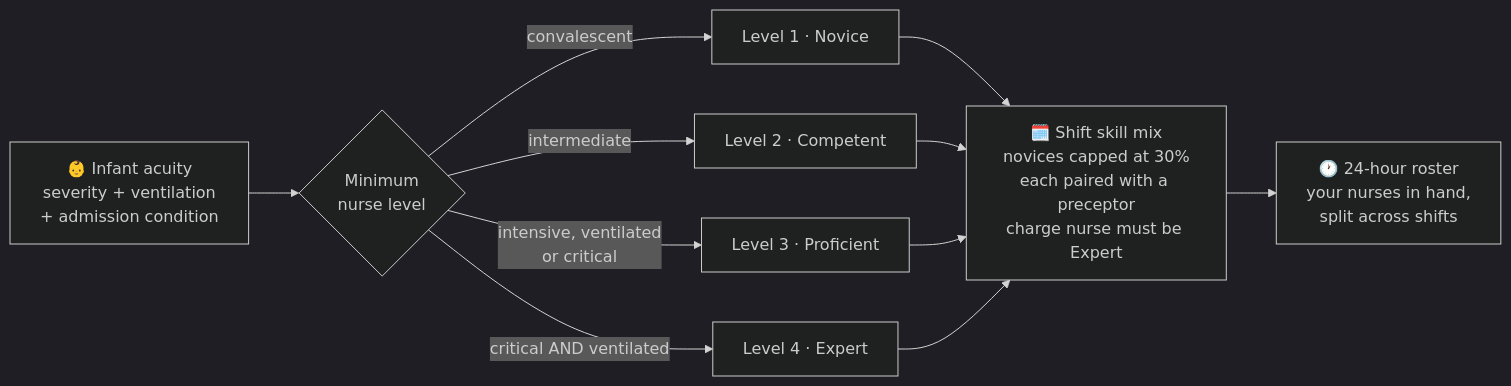
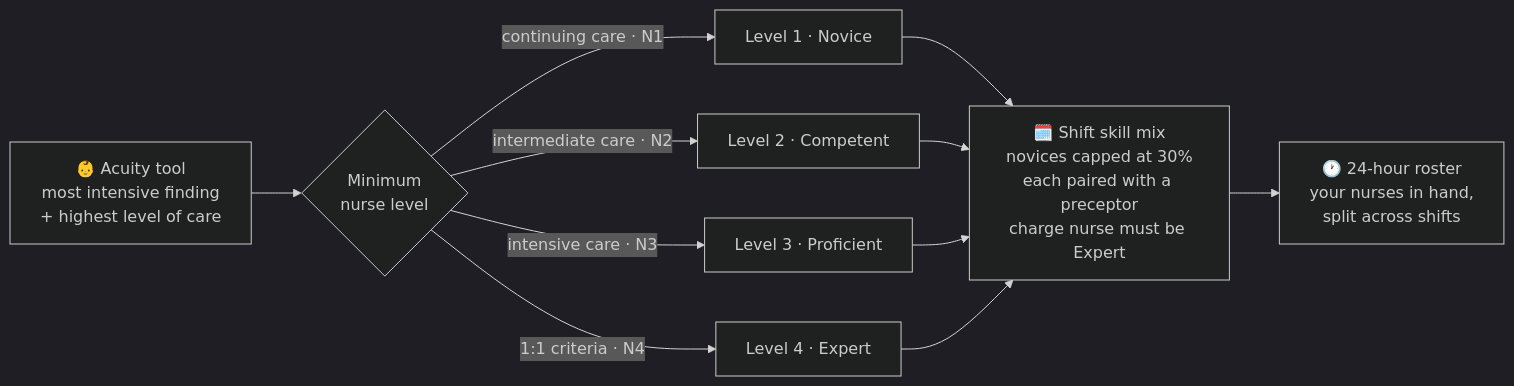
The second of 4 diagrams in README.md (abdulrazakucc/patient-nurse-schedule), drawn with Mermaid (dark theme) before and after one commit. The commit also changed other lines of this file and 32 other files, not shown here.

````diff
--- a/README.md
+++ b/README.md
@@ -83,13 +84,13 @@
 ```mermaid
 flowchart LR
-    A["👶 Infant acuity<br/>severity + ventilation<br/>+ admission condition"] --> B{"Minimum<br/>nurse level"}
-    B -->|"convalescent"| L1["Level 1 · Novice"]
-    B -->|"intermediate"| L2["Level 2 · Competent"]
-    B -->|"intensive, ventilated<br/>or critical"| L3["Level 3 · Proficient"]
-    B -->|"critical AND ventilated"| L4["Level 4 · Expert"]
+    A["👶 Acuity tool<br/>most intensive finding<br/>+ highest level of care"] --> B{"Minimum<br/>nurse level"}
+    B -->|"continuing care · N1"| L1["Level 1 · Novice"]
+    B -->|"intermediate care · N2"| L2["Level 2 · Competent"]
+    B -->|"intensive care · N3"| L3["Level 3 · Proficient"]
+    B -->|"1:1 criteria · N4"| L4["Level 4 · Expert"]
     L1 --> M["🗓️ Shift skill mix<br/>novices capped at 30%<br/>each paired with a preceptor<br/>charge nurse must be Expert"]
     L2 --> M
     L3 --> M
     L4 --> M
     M --> R["🕐 24-hour roster<br/>your nurses in hand,<br/>split across shifts"]
 ```
````
